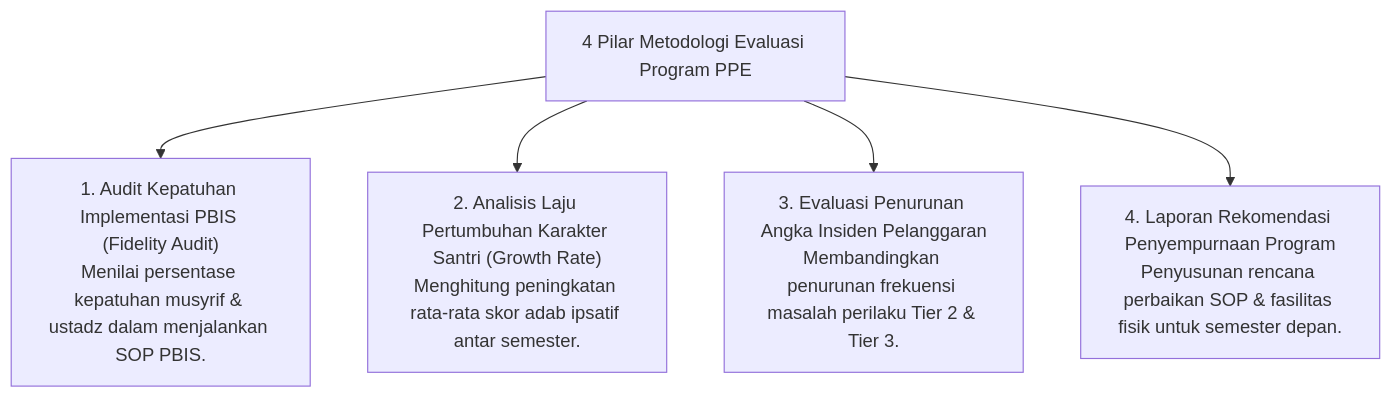
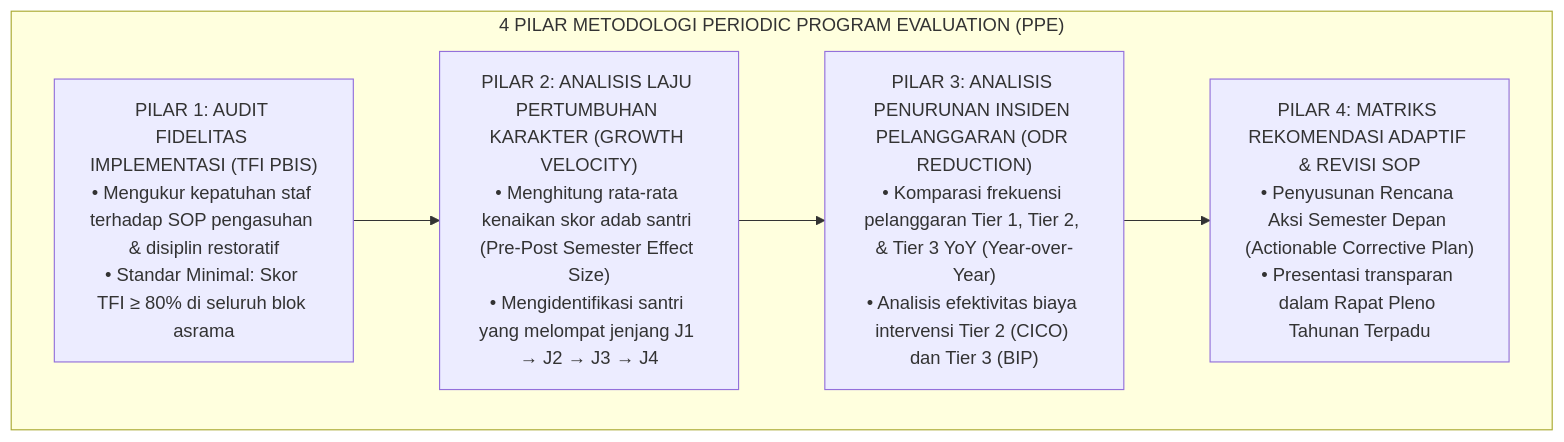
One commit to wandiapriliyandi/tumbuh changed the second of 2 diagrams in 07 Implementation Framework/10 Evaluation/P7-10-01-Metodologi-Periodic-Program-Evaluation-PPE.md. Above: the diagram before and after it, drawn with Mermaid. The commit also changed other lines of this file and 3 other files, not shown here.

````diff
--- a/07 Implementation Framework/10 Evaluation/P7-10-01-Metodologi-Periodic-Program-Evaluation-PPE.md
+++ b/07 Implementation Framework/10 Evaluation/P7-10-01-Metodologi-Periodic-Program-Evaluation-PPE.md
@@ -14,8 +42,10 @@
 ```mermaid
-graph TD
-    PPEMethod["4 Pilar Metodologi Evaluasi Program PPE"]
-    PPEMethod --> FidelityPBIS["1. Audit Kepatuhan Implementasi PBIS (Fidelity Audit)<br/>Menilai persentase kepatuhan musyrif & ustadz dalam menjalankan SOP PBIS."]
-    PPEMethod --> GrowthVelocity["2. Analisis Laju Pertumbuhan Karakter Santri (Growth Rate)<br/>Menghitung peningkatan rata-rata skor adab ipsatif antar semester."]
-    PPEMethod --> IncidentReduction["3. Evaluasi Penurunan Angka Insiden Pelanggaran<br/>Membandingkan penurunan frekuensi masalah perilaku Tier 2 & Tier 3."]
-    PPEMethod --> ProgramRevision["4. Laporan Rekomendasi Penyempurnaan Program<br/>Penyusunan rencana perbaikan SOP & fasilitas fisik untuk semester depan."]
+flowchart TD
+    subgraph FourPillars["4 PILAR METODOLOGI PERIODIC PROGRAM EVALUATION (PPE)"]
+        P1["PILAR 1: AUDIT FIDELITAS IMPLEMENTASI (TFI PBIS)<br/>• Mengukur kepatuhan staf terhadap SOP pengasuhan & disiplin restoratif<br/>• Standar Minimal: Skor TFI ≥ 80% di seluruh blok asrama"]
+        P2["PILAR 2: ANALISIS LAJU PERTUMBUHAN KARAKTER (GROWTH VELOCITY)<br/>• Menghitung rata-rata kenaikan skor adab santri (Pre-Post Semester Effect Size)<br/>• Mengidentifikasi santri yang melompat jenjang J1 → J2 → J3 → J4"]
+        P3["PILAR 3: ANALISIS PENURUNAN INSIDEN PELANGGARAN (ODR REDUCTION)<br/>• Komparasi frekuensi pelanggaran Tier 1, Tier 2, & Tier 3 YoY (Year-over-Year)<br/>• Analisis efektivitas biaya intervensi Tier 2 (CICO) dan Tier 3 (BIP)"]
+        P4["PILAR 4: MATRIKS REKOMENDASI ADAPTIF & REVISI SOP<br/>• Penyusunan Rencana Aksi Semester Depan (Actionable Corrective Plan)<br/>• Presentasi transparan dalam Rapat Pleno Tahunan Terpadu"]
+        P1 --> P2 --> P3 --> P4
+    end
 ```
````
